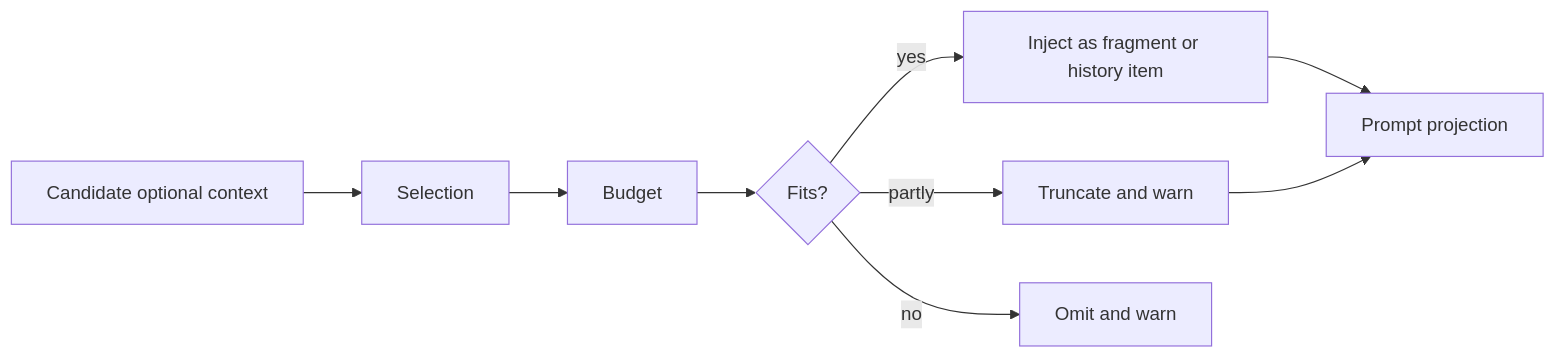
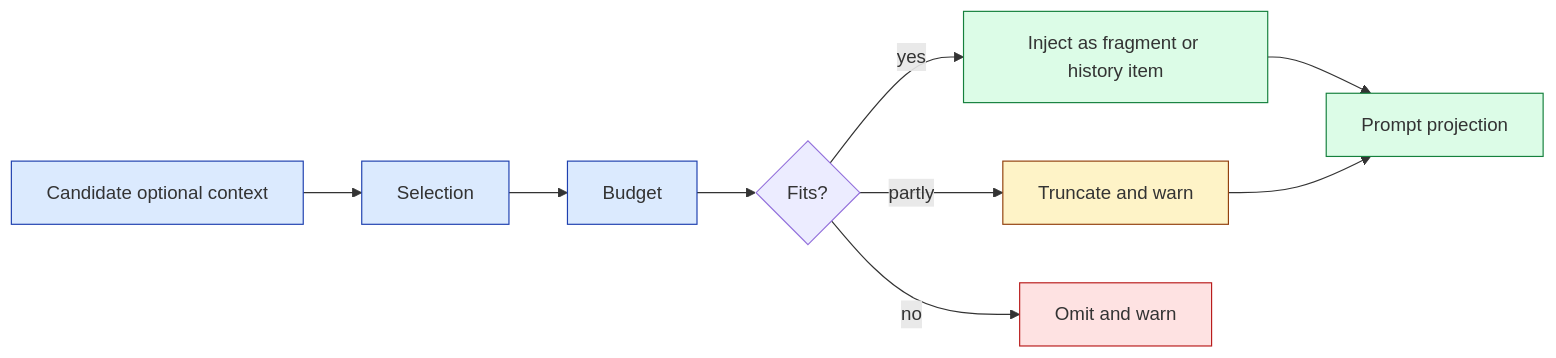
Before and after one commit to WineChord/books: the first of 2 diagrams in docs/codex-context-management/chapter-05.md, drawn with Mermaid. The commit also changed other lines of this file and 21 other files, not shown here.

````diff
--- a/docs/codex-context-management/chapter-05.md
+++ b/docs/codex-context-management/chapter-05.md
@@ -43,11 +43,20 @@
 ```mermaid
 flowchart LR
   A[Candidate optional context] --> B[Selection]
   B --> C[Budget]
   C --> D{Fits?}
   D -- yes --> E[Inject as fragment or history item]
   D -- partly --> F[Truncate and warn]
   D -- no --> G[Omit and warn]
   E --> H[Prompt projection]
   F --> H
+  classDef step fill:#dbeafe,stroke:#1e40af;
+  classDef good fill:#dcfce7,stroke:#15803d;
+  classDef warn fill:#fef3c7,stroke:#92400e;
+  classDef bad fill:#fee2e2,stroke:#b91c1c;
+  class A,B,C step;
+  class E good;
+  class F warn;
+  class G bad;
+  class H good;
 ```
````
